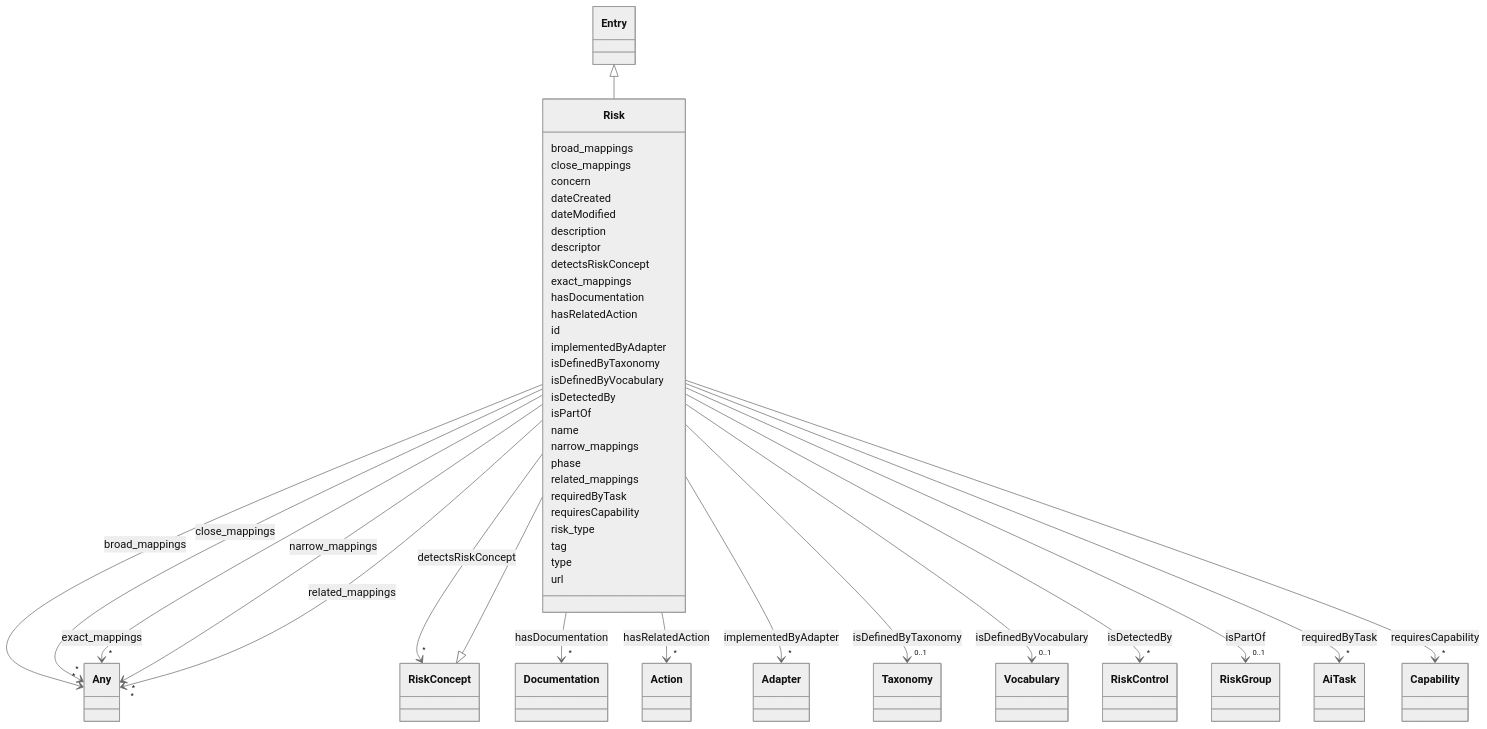
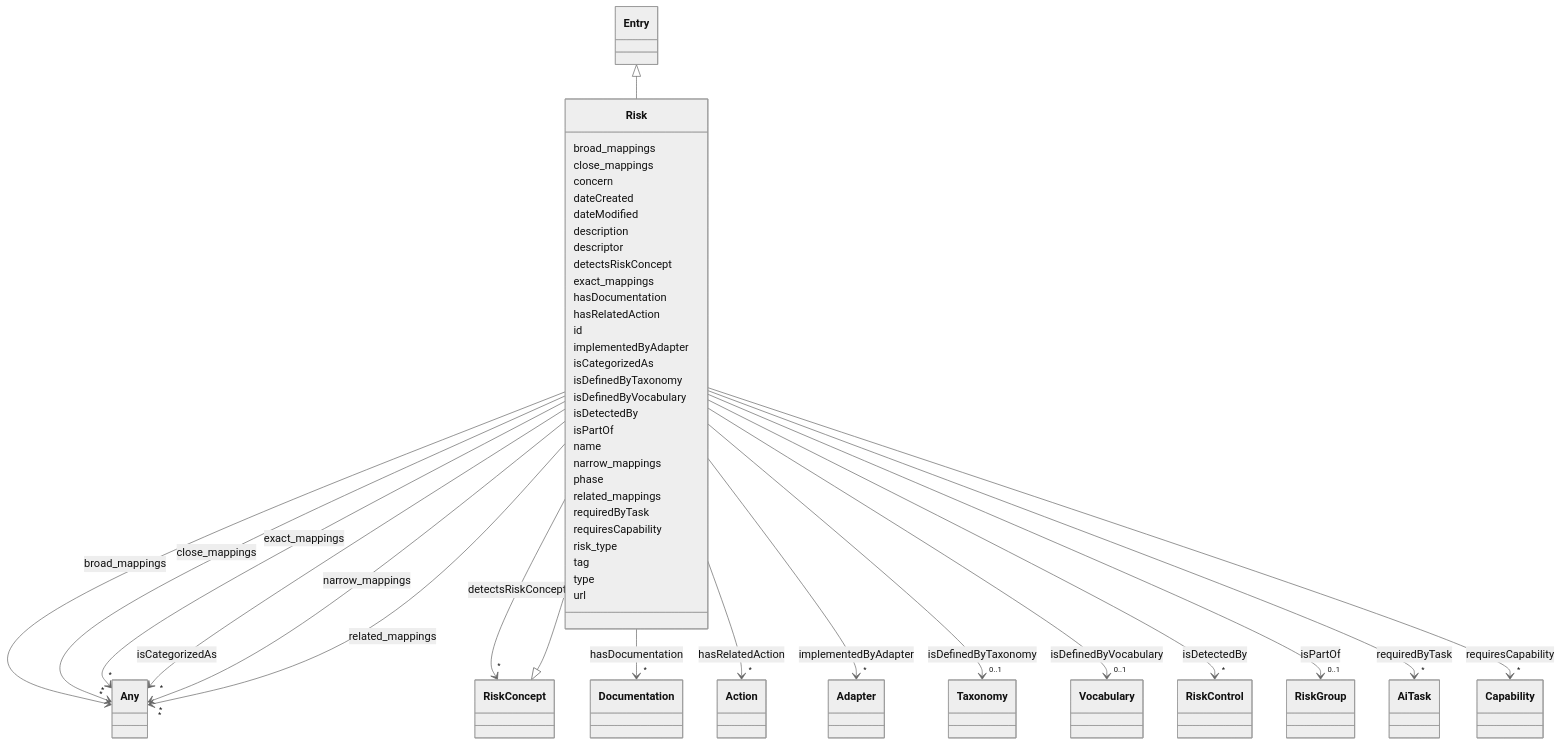
Before and after one commit to dhavalsalwala/ai-atlas-nexus-fork: the diagram in docs/ontology/Risk.md, drawn with Mermaid (neutral theme). The commit also changed other lines of this file and 130 other files, not shown here.

```diff
--- a/docs/ontology/Risk.md
+++ b/docs/ontology/Risk.md
@@ -99,6 +99,17 @@
 
         Risk --> "*" Adapter : implementedByAdapter
         click Adapter href "../Adapter/"
+
+
+
+      Risk : isCategorizedAs
+
+
+
+
+
+        Risk --> "*" Any : isCategorizedAs
+        click Any href "../Any/"
 
 
 
```
